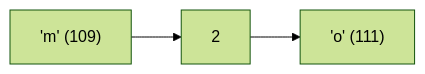
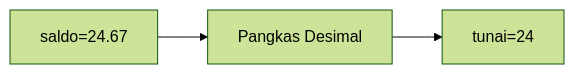
One commit to amnahwaida/OSNK_INF_PREP changed diagram 11 of 25 in part-c-pemahaman-cpp/01-tipe-data/latihan/set-10.md. Above: the diagram before and after it, drawn with Mermaid (forest theme). The commit also changed other lines of this file and 71 other files, not shown here.

````diff
--- a/part-c-pemahaman-cpp/01-tipe-data/latihan/set-10.md
+++ b/part-c-pemahaman-cpp/01-tipe-data/latihan/set-10.md
@@ -350,5 +305,5 @@
 ```mermaid
 graph LR
-A["'m' (109)"] --> B["2"]
-B --> C["'o' (111)"]
+A["saldo=24.67"] --> B["Pangkas Desimal"]
+B --> C["tunai=24"]
 ```
````
